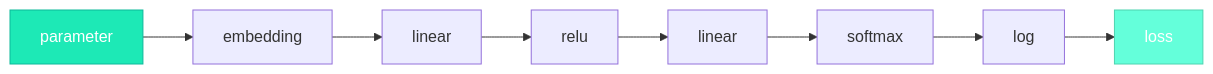
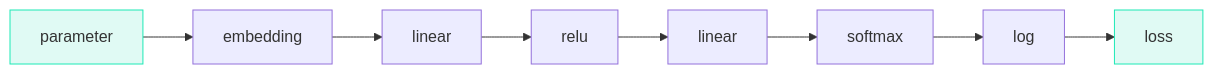
One commit to iamkhalid2/microgpt-course changed the first of 2 diagrams in docs/02-calculus-and-autograd/01-the-chain-rule.md. Above: the diagram before and after it, drawn with Mermaid. The commit also changed other lines of this file and 21 other files, not shown here.

Commit message:
Fix Mermaid: remove hardcoded text color (theme-adaptive), add mobile scrolling, fix \\n to br

````diff
--- a/docs/02-calculus-and-autograd/01-the-chain-rule.md
+++ b/docs/02-calculus-and-autograd/01-the-chain-rule.md
@@ -7,7 +7,7 @@
 ```mermaid
 flowchart LR
     A["parameter"] --> B["embedding"] --> C["linear"] --> D["relu"] --> E["linear"] --> F["softmax"] --> G["log"] --> H["loss"]
 
-    style A fill:#1de9b6,stroke:#0db99a,color:#fff
-    style H fill:#64ffda,stroke:#4dd4b0,color:#fff
+    style A fill:#e0faf4,stroke:#1de9b6
+    style H fill:#e0faf4,stroke:#1de9b6
 ```
````
